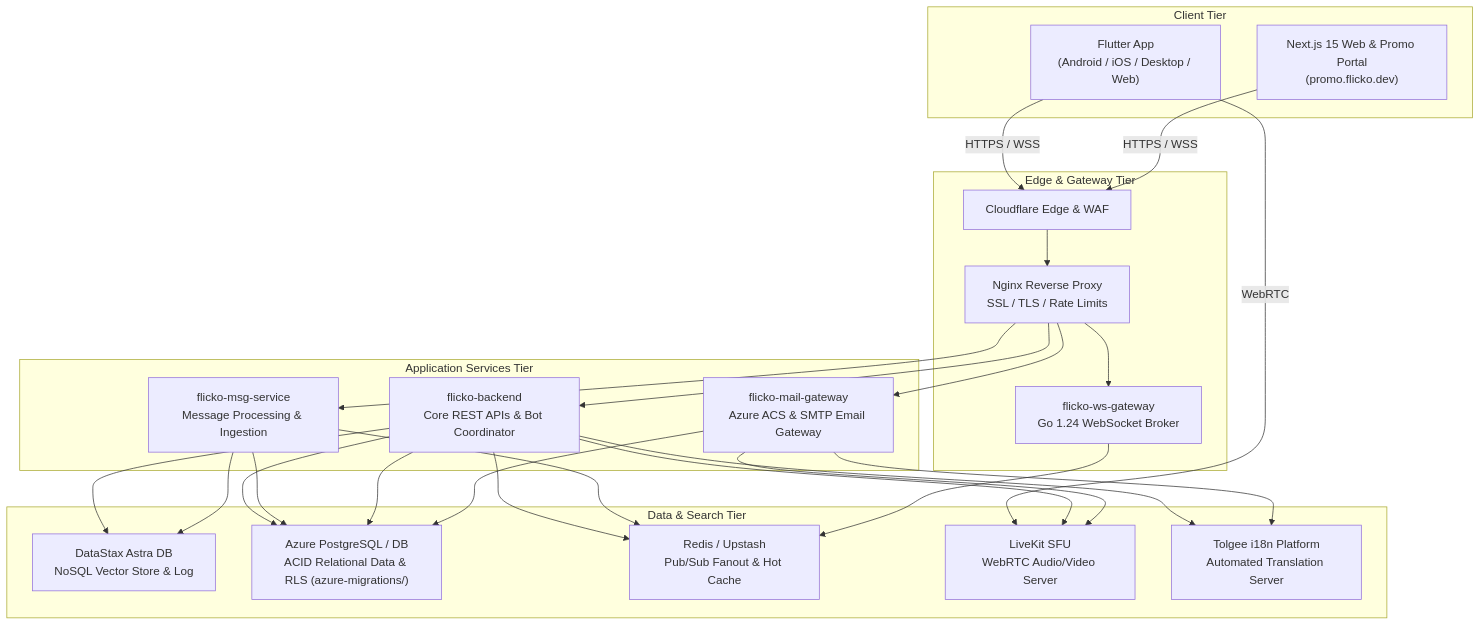
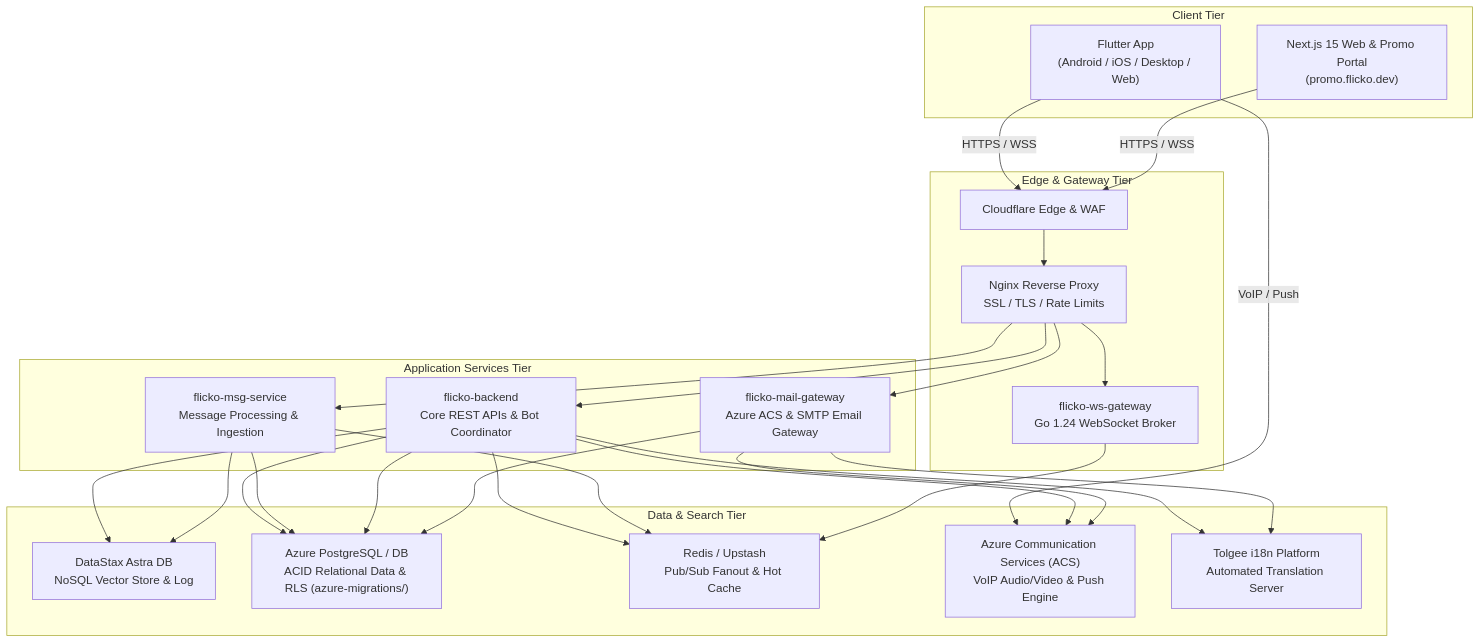
One commit to Santosh-Prasad-Verma/Flicko changed the diagram in README.md. Above: the diagram before and after it, drawn with Mermaid. The commit also changed other lines of this file, not shown here.

Commit message:
docs(readme): replace LiveKit with Azure Communication Services (ACS) architecture

````diff
--- a/README.md
+++ b/README.md
@@ -70,34 +69,34 @@
 ```mermaid
 graph TB
     subgraph Client["Client Tier"]
         APP["Flutter App<br/>(Android / iOS / Desktop / Web)"]
         WEB["Next.js 15 Web & Promo Portal<br/>(promo.flicko.dev)"]
     end
 
     subgraph Edge["Edge & Gateway Tier"]
         CF["Cloudflare Edge & WAF"]
         NGX["Nginx Reverse Proxy<br/>SSL / TLS / Rate Limits"]
         WS["flicko-ws-gateway<br/>Go 1.24 WebSocket Broker"]
     end
 
     subgraph Microservices["Application Services Tier"]
         BE["flicko-backend<br/>Core REST APIs & Bot Coordinator"]
         MSG["flicko-msg-service<br/>Message Processing & Ingestion"]
         MAIL["flicko-mail-gateway<br/>Azure ACS & SMTP Email Gateway"]
     end
 
     subgraph Data["Data & Search Tier"]
         ASTRA["DataStax Astra DB<br/>NoSQL Vector Store & Log"]
         AZ_PG["Azure PostgreSQL / DB<br/>ACID Relational Data & RLS (azure-migrations/)"]
         REDIS["Redis / Upstash<br/>Pub/Sub Fanout & Hot Cache"]
-        LK["LiveKit SFU<br/>WebRTC Audio/Video Server"]
+        ACS["Azure Communication Services (ACS)<br/>VoIP Audio/Video & Push Engine"]
         TOLGEE["Tolgee i18n Platform<br/>Automated Translation Server"]
     end
 
     APP & WEB -->|HTTPS / WSS| CF --> NGX
-    APP -->|WebRTC| LK
+    APP -->|VoIP / Push| ACS
     NGX --> BE & WS & MSG & MAIL
     BE & MSG --> ASTRA & AZ_PG & REDIS
     WS --> REDIS
-    BE & MAIL --> AZ_PG & TOLGEE & LK
+    BE & MAIL --> AZ_PG & ACS & TOLGEE
 ```
````
